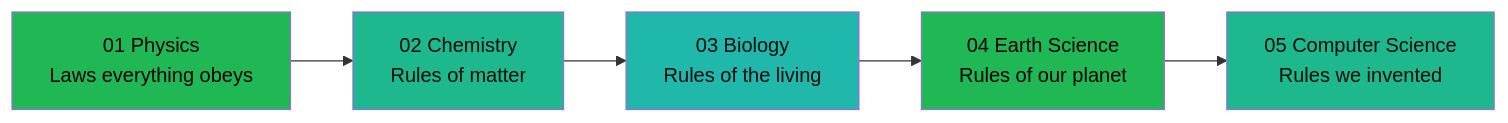
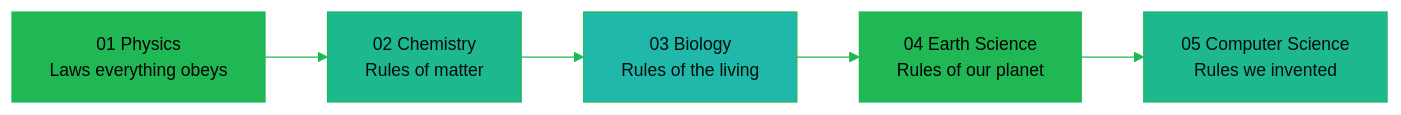
One commit to oat431/general-knowledge changed the diagram in Science/Cheat_Sheet/00_Index.md. Above: the diagram before and after it, drawn with Mermaid. The commit also changed other lines of this file and 113 other files, not shown here.

````diff
--- a/Science/Cheat_Sheet/00_Index.md
+++ b/Science/Cheat_Sheet/00_Index.md
@@ -23,13 +23,14 @@
 ```mermaid
+%%{init: {'theme':'base','themeVariables':{'primaryColor':'#19362D','primaryTextColor':'#CDD3D1','primaryBorderColor':'#1FB854','lineColor':'#1FB854','background':'#1B1717','mainBkg':'#19362D','clusterBkg':'#161212','edgeLabelBackground':'#161212','titleColor':'#1FB854','fontSize':'14px'}}}%%
 flowchart LR
     A["01 Physics<br/>Laws everything obeys"] --> B["02 Chemistry<br/>Rules of matter"]
     B --> C["03 Biology<br/>Rules of the living"]
     C --> D["04 Earth Science<br/>Rules of our planet"]
     D --> E["05 Computer Science<br/>Rules we invented"]
 
     style A fill:#1FB854,color:#000000
     style B fill:#1EB88E,color:#000C07
-    style C fill:#1FB8AB,color:#010C0B
+    style C fill:#1FB8AB,color:#000C07
     style D fill:#1FB854,color:#000000
     style E fill:#1EB88E,color:#000C07
 ```
````
